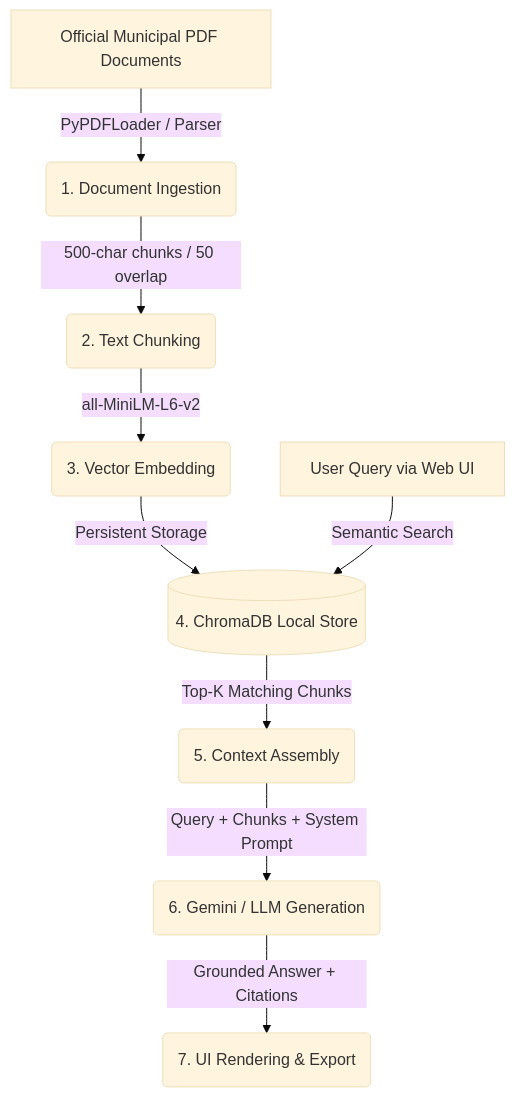
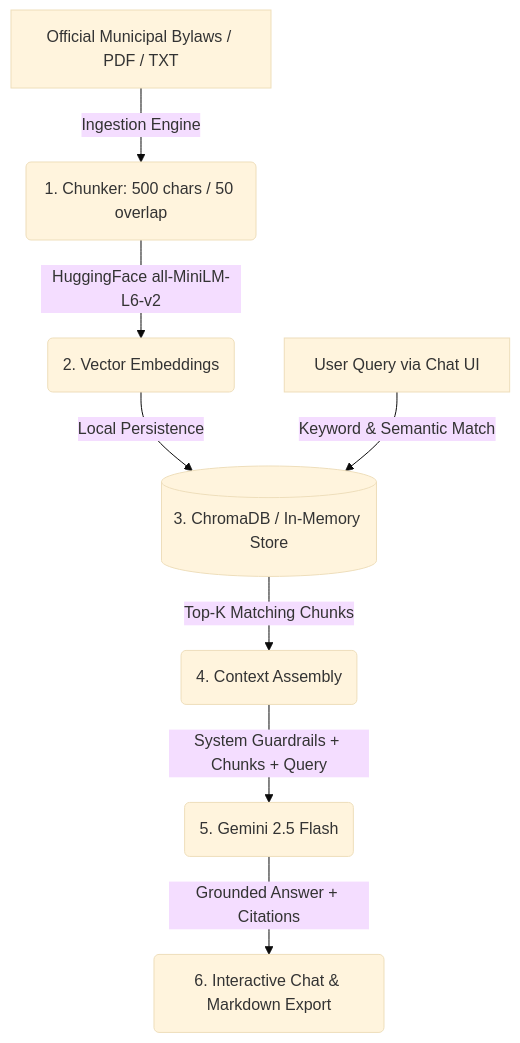
The second of 2 diagrams in README.md (Yashendra-org/EcoPolicy-RAG-an-AI-powered-Municipal-Waste-Sustainability-Policy-Assistant), drawn with Mermaid (base theme) before and after one commit. The commit also changed other lines of this file, not shown here.

Commit message:
docs: update README with multi-agent architecture, dual backend, and run commands

````diff
--- a/README.md
+++ b/README.md
@@ -30,12 +71,11 @@
 ```mermaid
 graph TD
-    A[Official Municipal PDF Documents] -->|PyPDFLoader / Parser| B(1. Document Ingestion)
-    B -->|500-char chunks / 50 overlap| C(2. Text Chunking)
-    C -->|all-MiniLM-L6-v2| D(3. Vector Embedding)
-    D -->|Persistent Storage| E[(4. ChromaDB Local Store)]
+    A[Official Municipal Bylaws / PDF / TXT] -->|Ingestion Engine| B(1. Chunker: 500 chars / 50 overlap)
+    B -->|HuggingFace all-MiniLM-L6-v2| C(2. Vector Embeddings)
+    C -->|Local Persistence| D[(3. ChromaDB / In-Memory Store)]
     
-    F[User Query via Web UI] -->|Semantic Search| E
-    E -->|Top-K Matching Chunks| G(5. Context Assembly)
-    G -->|Query + Chunks + System Prompt| H(6. Gemini / LLM Generation)
-    H -->|Grounded Answer + Citations| I(7. UI Rendering & Export)
+    E[User Query via Chat UI] -->|Keyword & Semantic Match| D
+    D -->|Top-K Matching Chunks| F(4. Context Assembly)
+    F -->|System Guardrails + Chunks + Query| G(5. Gemini 2.5 Flash)
+    G -->|Grounded Answer + Citations| H(6. Interactive Chat & Markdown Export)
 ```
````
